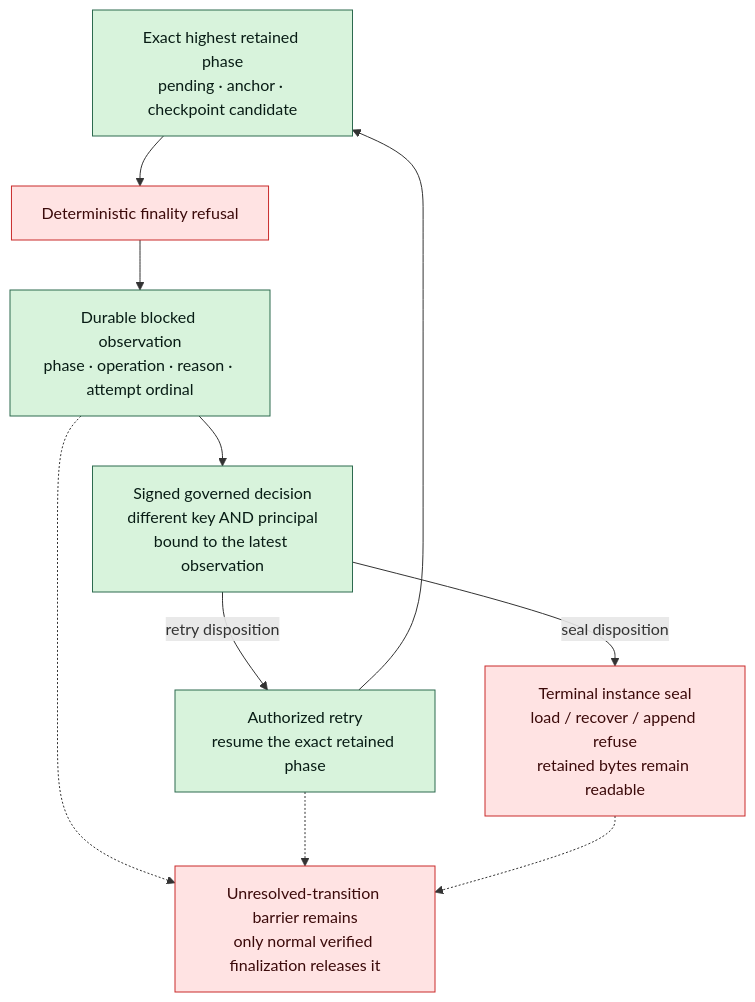
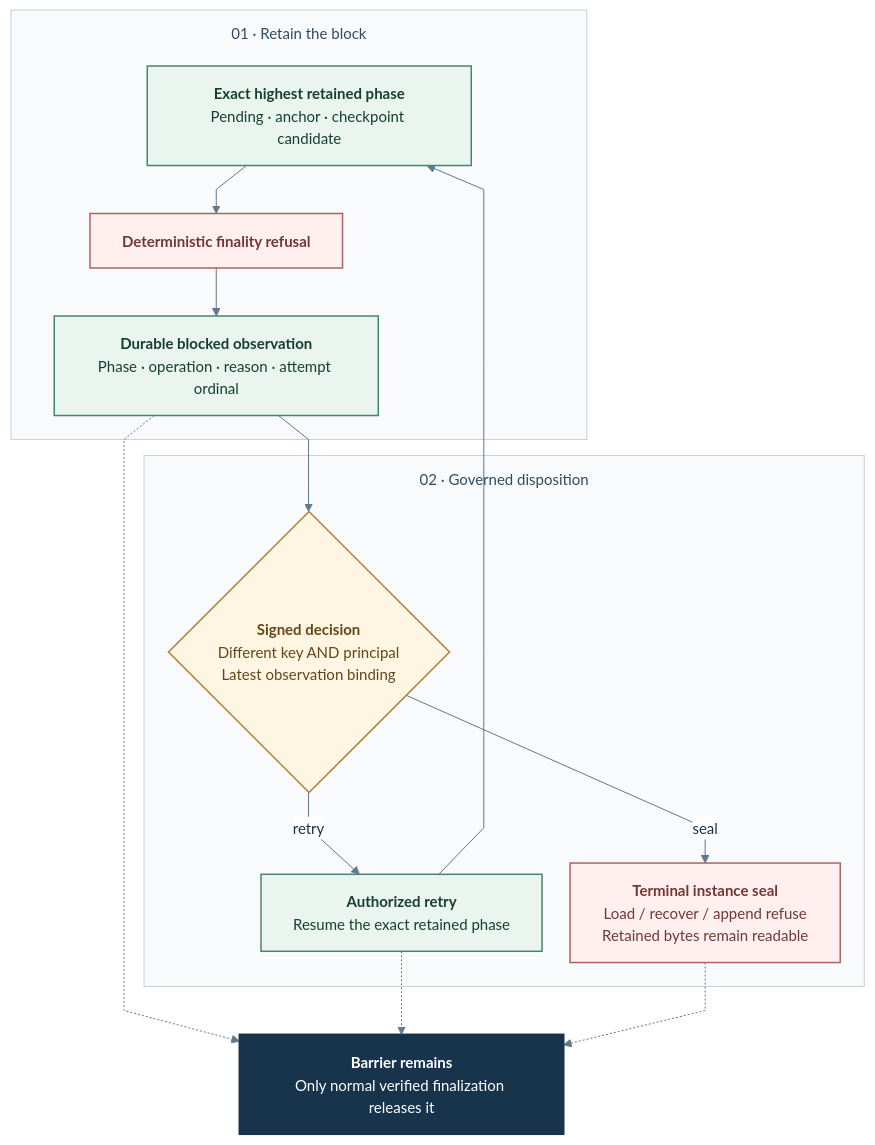
Before and after one commit to manfromnowhere143/etzio: the fifth of 5 diagrams in README.md, drawn with Mermaid. The commit also changed other lines of this file and 7 other files, not shown here.

First line of the commit message:
Restore detailed architecture and redesign all Mermaid diagrams

````diff
--- a/README.md
+++ b/README.md
@@ -445,23 +645,61 @@
 ```mermaid
+---
+config:
+  theme: base
+  fontFamily: Arial
+  themeVariables:
+    fontFamily: 'Arial'
+    fontSize: '15px'
+    primaryColor: '#edf4fb'
+    primaryTextColor: '#18344d'
+    primaryBorderColor: '#6b8ba8'
+    lineColor: '#62788d'
+    clusterBkg: '#f8fafc'
+    clusterBorder: '#c5d1dd'
+    edgeLabelBackground: '#ffffff'
+  flowchart:
+    curve: linear
+    nodeSpacing: 28
+    rankSpacing: 48
+    padding: 16
+    wrappingWidth: 260
+    subGraphTitleMargin:
+      top: 12
+      bottom: 20
+---
 flowchart TB
-    accTitle: Governed blocked-finality recovery
-    accDescr: A role-separated signed decision authorizes retry or terminal sealing. Neither disposition releases the unresolved-transition barrier.
-    PH["Exact highest retained phase<br/>pending · anchor · checkpoint candidate"]
-    REF["Deterministic finality refusal"]
-    OBS["Durable blocked observation<br/>phase · operation · reason · attempt ordinal"]
-    DEC["Signed governed decision<br/>different key AND principal<br/>bound to the latest observation"]
-    RETRY["Authorized retry<br/>resume the exact retained phase"]
-    SEAL["Terminal instance seal<br/>load / recover / append refuse<br/>retained bytes remain readable"]
-    BAR["Unresolved-transition barrier remains<br/>only normal verified finalization releases it"]
-    PH --> REF --> OBS --> DEC
-    DEC -->|"retry disposition"| RETRY
+    accTitle: Blocked finality — retained observation and governed disposition
+    accDescr: A deterministic refusal retains the exact phase, operation, reason and attempt ordinal. A decision from a separated key and principal must bind the latest observation. Retry returns to that phase; sealing is terminal. Neither disposition releases the unresolved-transition barrier.
+    subgraph OBSERVATION["01 · Retain the block"]
+        PH["<b>Exact highest retained phase</b><br/>Pending · anchor · checkpoint candidate"]
+        REF["<b>Deterministic finality refusal</b>"]
+        OBS["<b>Durable blocked observation</b><br/>Phase · operation · reason · attempt ordinal"]
+        PH --> REF --> OBS
+    end
+    subgraph GOVERNANCE["02 · Governed disposition"]
+        DEC{"<b>Signed decision</b><br/>Different key AND principal<br/>Latest observation binding"}
+        RETRY["<b>Authorized retry</b><br/>Resume the exact retained phase"]
+        SEAL["<b>Terminal instance seal</b><br/>Load / recover / append refuse<br/>Retained bytes remain readable"]
+        DEC -->|"retry"| RETRY
+        DEC -->|"seal"| SEAL
+    end
+    BAR["<b>Barrier remains</b><br/>Only normal verified finalization releases it"]
+    OBS --> DEC
     RETRY --> PH
-    DEC -->|"seal disposition"| SEAL
     OBS -.-> BAR
     RETRY -.-> BAR
     SEAL -.-> BAR
-    classDef retained fill:#d8f3dc,stroke:#2d6a4f,color:#081c15;
-    classDef blocked fill:#ffe3e3,stroke:#c92a2a,color:#3b0a0a;
-    class PH,OBS,DEC,RETRY retained;
-    class REF,SEAL,BAR blocked;
+
+    classDef core fill:#18344d,stroke:#18344d,color:#ffffff,stroke-width:2px;
+    classDef retained fill:#eaf5f0,stroke:#468570,color:#173e32,stroke-width:1.5px;
+    classDef fixture fill:#edf4fb,stroke:#6b8ba8,color:#18344d,stroke-width:1.5px;
+    classDef qualified fill:#fff5e3,stroke:#af8137,color:#624719,stroke-width:1.5px;
+    classDef planned fill:#f4f3f8,stroke:#8a829e,color:#48415a,stroke-width:1.5px,stroke-dasharray:5 4;
+    classDef blocked fill:#fff0ef,stroke:#ad6461,color:#713735,stroke-width:1.5px;
+    class PH,OBS,RETRY retained;
+    class DEC qualified;
+    class REF,SEAL blocked;
+    class BAR core;
+    style OBSERVATION fill:#f8fafc,stroke:#c5d1dd,color:#304b63,stroke-width:1px
+    style GOVERNANCE fill:#f8fafc,stroke:#c5d1dd,color:#304b63,stroke-width:1px
 ```
````
